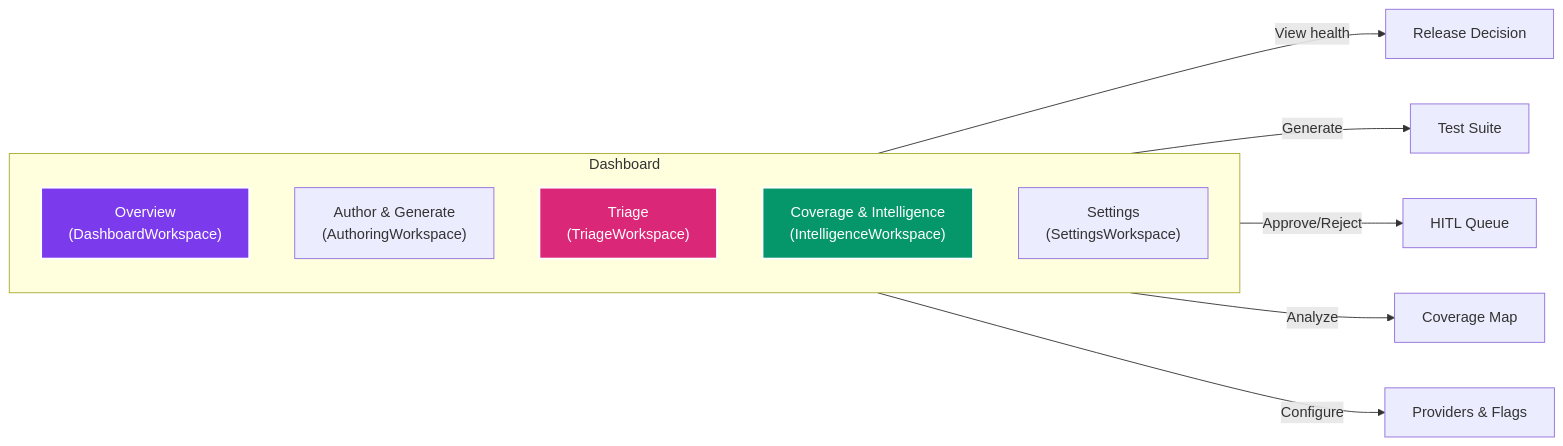
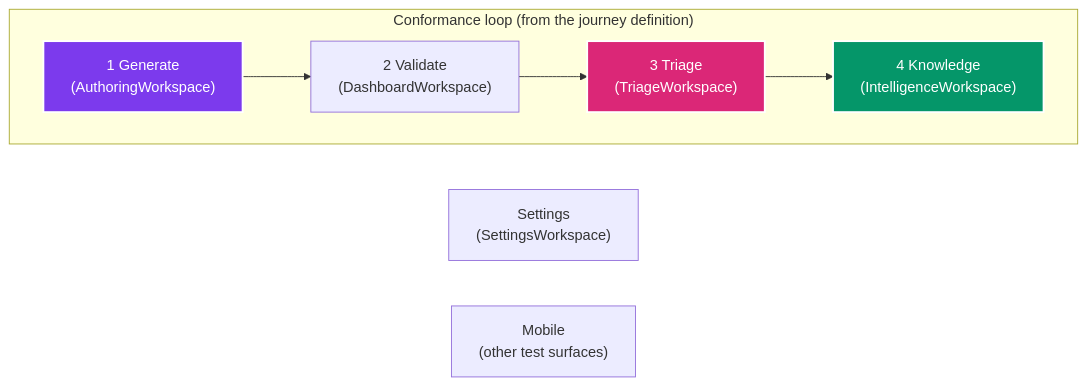
Before and after one commit to moaidmoatasem/cherenkov-qa: the diagram in docs-site/docs/guides/dashboard.md, drawn with Mermaid. The commit also changed other lines of this file and 10 other files, not shown here.

````diff
--- a/docs-site/docs/guides/dashboard.md
+++ b/docs-site/docs/guides/dashboard.md
@@ -29,21 +31,18 @@
 ```mermaid
 flowchart LR
-    subgraph Dashboard
-        direction TB
-        A["Overview\n(DashboardWorkspace)"]
-        B["Author & Generate\n(AuthoringWorkspace)"]
-        C["Triage\n(TriageWorkspace)"]
-        D["Coverage & Intelligence\n(IntelligenceWorkspace)"]
-        E["Settings\n(SettingsWorkspace)"]
+    subgraph Loop["Conformance loop (from the journey definition)"]
+        direction LR
+        B["1 Generate\n(AuthoringWorkspace)"]
+        A["2 Validate\n(DashboardWorkspace)"]
+        C["3 Triage\n(TriageWorkspace)"]
+        D["4 Knowledge\n(IntelligenceWorkspace)"]
+        B --> A --> C --> D
     end
 
-    A -->|"View health"| F[Release Decision]
-    B -->|"Generate"| G[Test Suite]
-    C -->|"Approve/Reject"| H[HITL Queue]
-    D -->|"Analyze"| I[Coverage Map]
-    E -->|"Configure"| J[Providers & Flags]
+    E["Settings\n(SettingsWorkspace)"]
+    M["Mobile\n(other test surfaces)"]
 
-    style A fill:#7c3aed,stroke:#fff,stroke-width:2px,color:#fff
+    style B fill:#7c3aed,stroke:#fff,stroke-width:2px,color:#fff
     style C fill:#db2777,stroke:#fff,stroke-width:2px,color:#fff
     style D fill:#059669,stroke:#fff,stroke-width:2px,color:#fff
 ```
````
